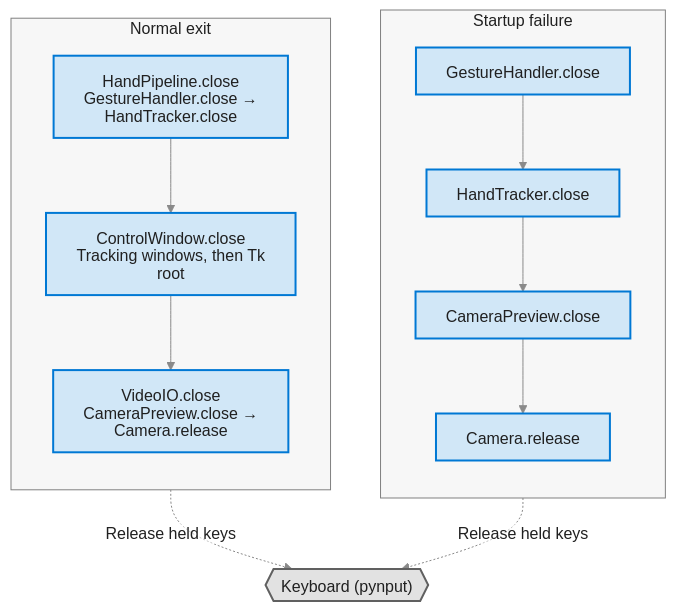
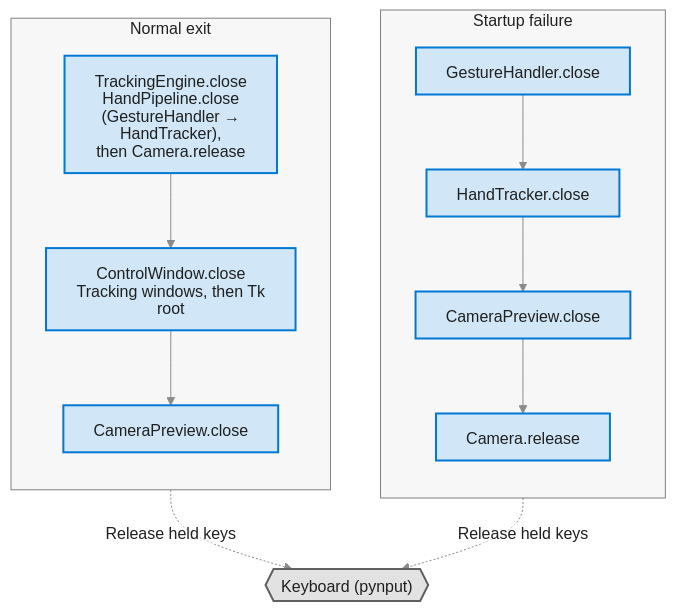
The second of 2 diagrams in hand-tracking/docs/startup_lifecycle.md (MarkJuliusAbraham/ComputerVisionBasics), drawn with Mermaid before and after one commit. The commit also changed other lines of this file and 294 other files, not shown here.

First line of the commit message:
Split hand tracking into backend and frontend packages

````diff
--- a/hand-tracking/docs/startup_lifecycle.md
+++ b/hand-tracking/docs/startup_lifecycle.md
@@ -124,21 +128,21 @@
 ```mermaid
 %%{init: {"theme": "base", "htmlLabels": false, "flowchart": {"htmlLabels": false}, "themeCSS": ".edgeLabel rect, .labelBkg { fill: #ffffff !important; opacity: 1 !important; }", "themeVariables": {"primaryTextColor": "#202020", "textColor": "#202020", "lineColor": "#8a8a8a", "edgeLabelBackground": "#ffffff", "clusterBkg": "#f7f7f7", "clusterBorder": "#808080", "titleColor": "#202020", "background": "#ffffff"}}}%%
 flowchart TD
     subgraph Failed["Startup failure"]
         direction TB
         F1["GestureHandler.close"]:::component --> F2["HandTracker.close"]:::component
         F2 --> F3["CameraPreview.close"]:::component --> F4["Camera.release"]:::component
     end
     subgraph Normal["Normal exit"]
         direction TB
-        N1["HandPipeline.close<br/>GestureHandler.close → HandTracker.close"]:::component
+        N1["TrackingEngine.close<br/>HandPipeline.close (GestureHandler → HandTracker),<br/>then Camera.release"]:::component
         N1 --> N2["ControlWindow.close<br/>Tracking windows, then Tk root"]:::component
-        N2 --> N3["VideoIO.close<br/>CameraPreview.close → Camera.release"]:::component
+        N2 --> N3["CameraPreview.close"]:::component
     end
     Keys{{"Keyboard (pynput)"}}:::external
     F1 -.->|"Release held keys"| Keys
     N1 -.->|"Release held keys"| Keys
 
     classDef component fill:#d1e7f7,stroke:#0078d4,color:#202020,stroke-width:2px;
     classDef external fill:#e2e2e2,stroke:#606060,color:#202020,stroke-width:2px;
 ```
````
